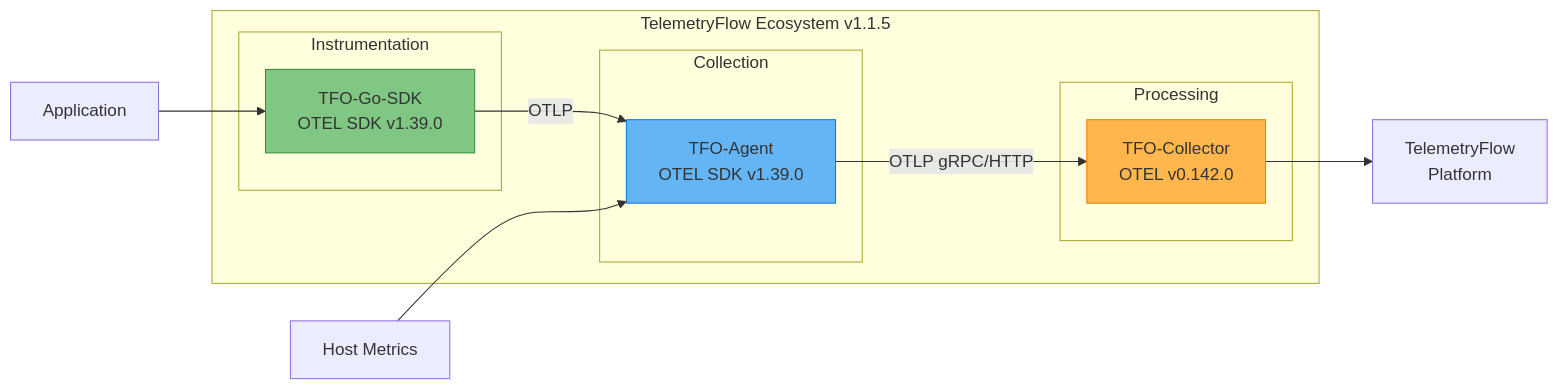
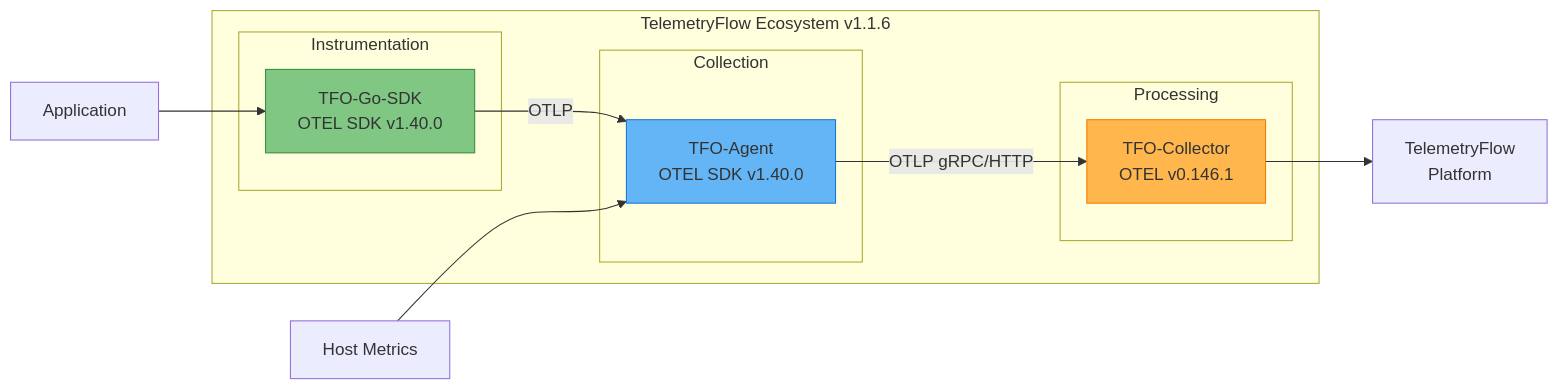
Before and after one commit to telemetryflow/telemetryflow-agent: the diagram in README.md, drawn with Mermaid. The commit also changed other lines of this file and 26 other files, not shown here.

Commit message:
feat: Update TFO-Agent 1.1.6 with go1.25.7. Fix ebpf map struct linux

````diff
--- a/README.md
+++ b/README.md
@@ -33,26 +33,26 @@
 ```mermaid
 graph LR
-    subgraph "TelemetryFlow Ecosystem v1.1.5"
+    subgraph "TelemetryFlow Ecosystem v1.1.6"
         subgraph "Instrumentation"
-            SDK[TFO-Go-SDK<br/>OTEL SDK v1.39.0]
+            SDK[TFO-Go-SDK<br/>OTEL SDK v1.40.0]
         end
 
         subgraph "Collection"
-            AGENT[TFO-Agent<br/>OTEL SDK v1.39.0]
+            AGENT[TFO-Agent<br/>OTEL SDK v1.40.0]
         end
 
         subgraph "Processing"
-            COLLECTOR[TFO-Collector<br/>OTEL v0.142.0]
+            COLLECTOR[TFO-Collector<br/>OTEL v0.146.1]
         end
     end
 
     APP[Application] --> SDK
     SDK -->|OTLP| AGENT
     HOST[Host Metrics] --> AGENT
     AGENT -->|OTLP gRPC/HTTP| COLLECTOR
     COLLECTOR --> BACKEND[TelemetryFlow<br/>Platform]
 
     style SDK fill:#81C784,stroke:#388E3C
     style AGENT fill:#64B5F6,stroke:#1976D2
     style COLLECTOR fill:#FFB74D,stroke:#F57C00
 ```
````
